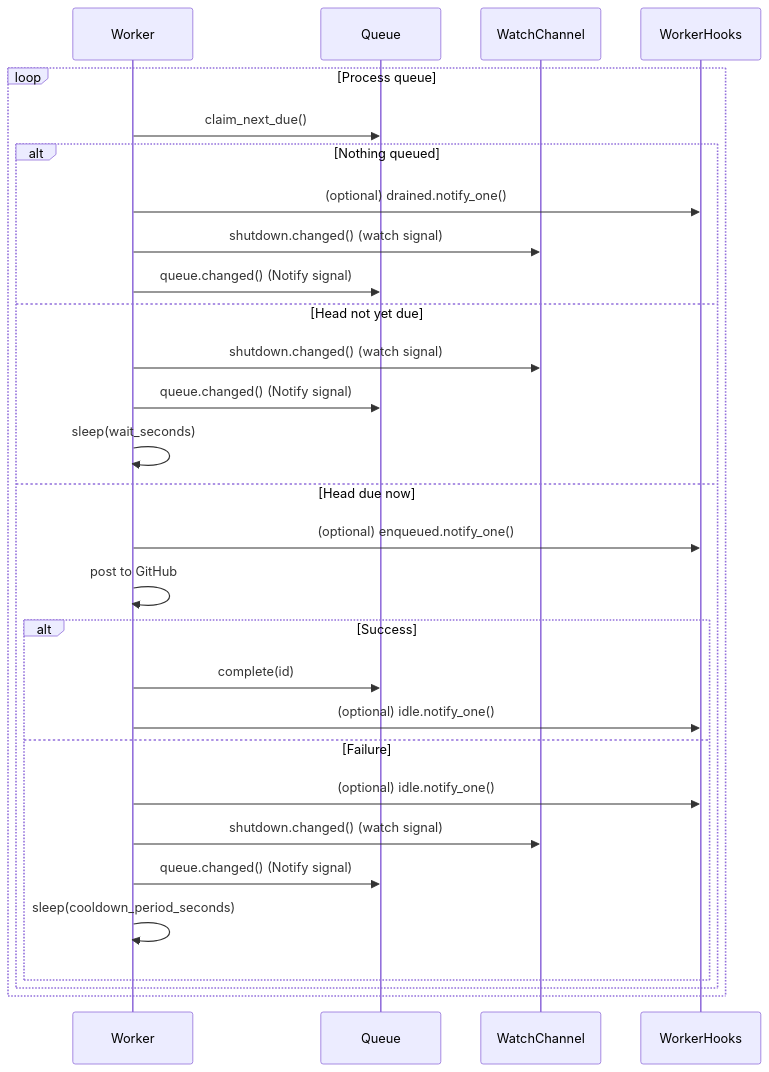
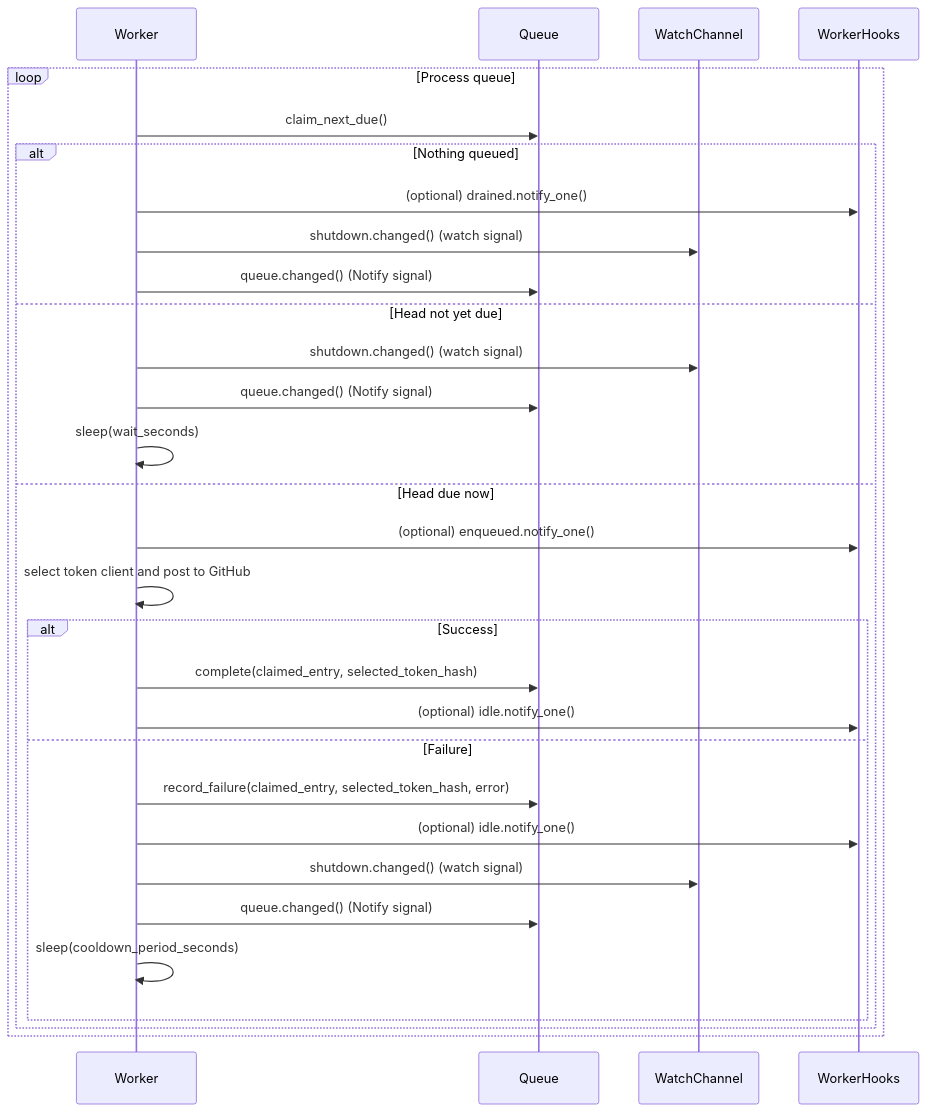
Before and after one commit to leynos/comenq: the third of 3 diagrams in docs/comenq-design.md, drawn with Mermaid. The commit also changed other lines of this file and 1 other file, not shown here.

First line of the commit message:
Document token rotation API contracts

````diff
--- a/docs/comenq-design.md
+++ b/docs/comenq-design.md
@@ -1243,31 +1244,32 @@
 ```mermaid
 sequenceDiagram
     participant Worker
     participant Queue
     participant WatchChannel
     participant WorkerHooks
     loop Process queue
         Worker->>Queue: claim_next_due()
         alt Nothing queued
             Worker->>WorkerHooks: (optional) drained.notify_one()
             Worker->>WatchChannel: shutdown.changed() (watch signal)
             Worker->>Queue: queue.changed() (Notify signal)
         else Head not yet due
             Worker->>WatchChannel: shutdown.changed() (watch signal)
             Worker->>Queue: queue.changed() (Notify signal)
             Worker->>Worker: sleep(wait_seconds)
         else Head due now
             Worker->>WorkerHooks: (optional) enqueued.notify_one()
-            Worker->>Worker: post to GitHub
+            Worker->>Worker: select token client and post to GitHub
             alt Success
-                Worker->>Queue: complete(id)
+                Worker->>Queue: complete(claimed_entry, selected_token_hash)
                 Worker->>WorkerHooks: (optional) idle.notify_one()
             else Failure
+                Worker->>Queue: record_failure(claimed_entry, selected_token_hash, error)
                 Worker->>WorkerHooks: (optional) idle.notify_one()
                 Worker->>WatchChannel: shutdown.changed() (watch signal)
                 Worker->>Queue: queue.changed() (Notify signal)
                 Worker->>Worker: sleep(cooldown_period_seconds)
             end
         end
     end
 ```
````
